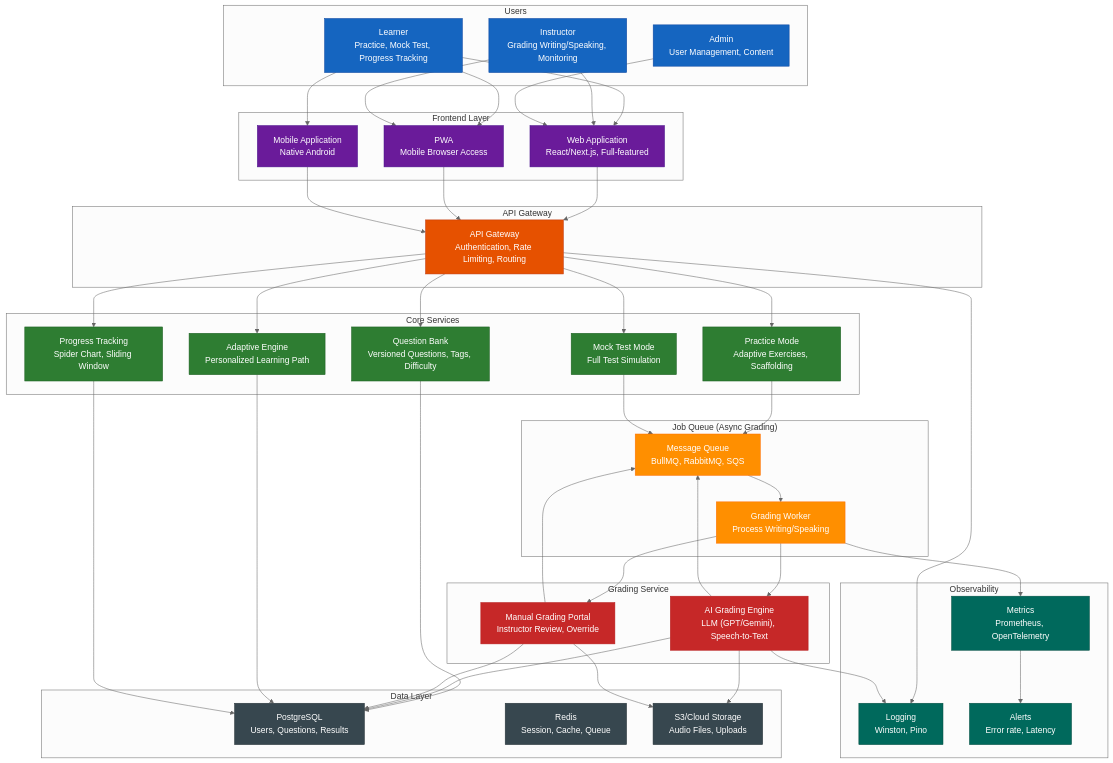
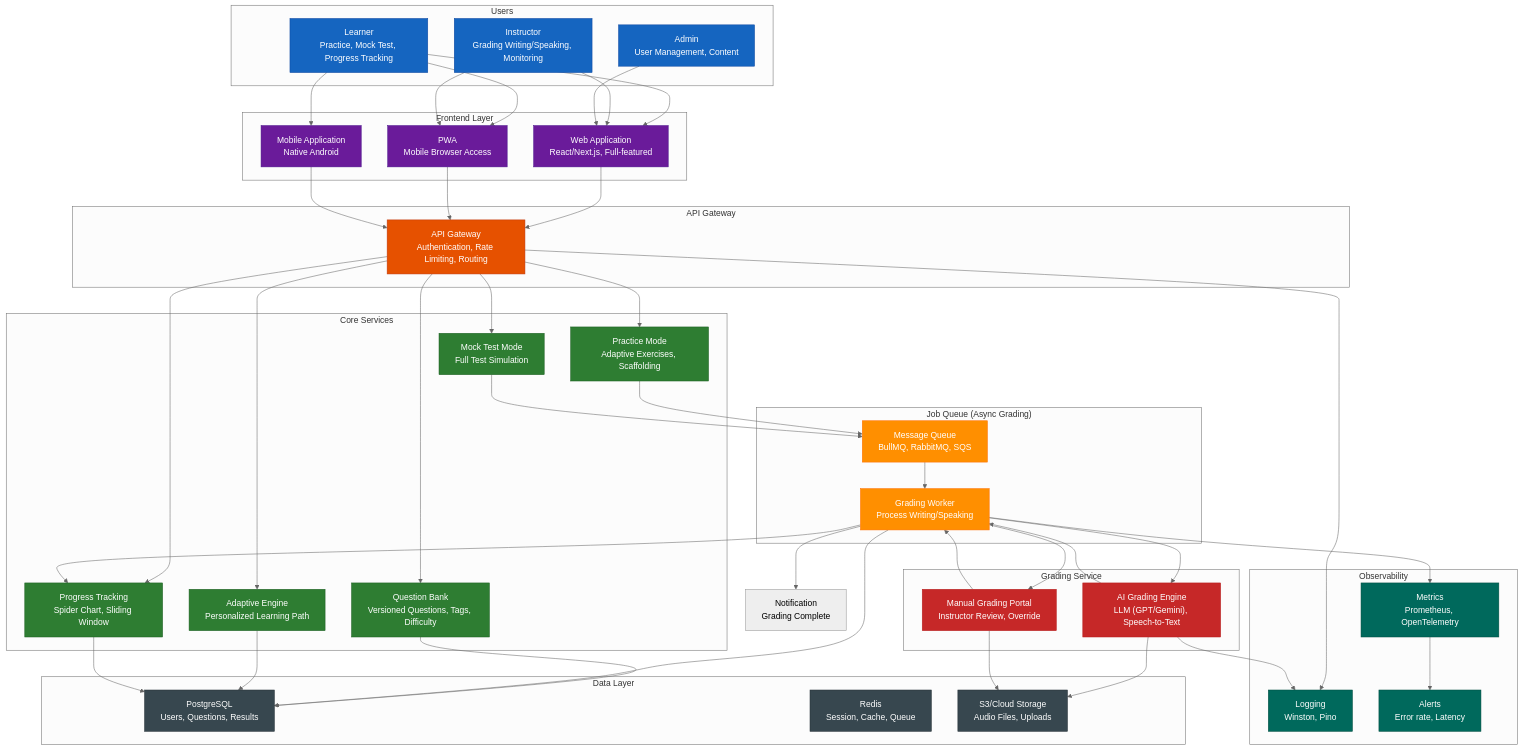
The first of 7 diagrams in docs/capstone/diagrams/flow-diagrams.vi.md (nghyane/VSTEP), drawn with Mermaid (neutral theme) before and after one commit.

Commit message:
docs: fix queue flow in System Architecture
- Remove AI --> MQ, HG --> MQ (incorrect flow)
- Add AI --> Worker, HG --> Worker (results return to worker)
- Add Worker --> Notification, Worker --> PT (post-grading actions)
- Worker saves to DB directly

```diff
--- a/docs/capstone/diagrams/flow-diagrams.vi.md
+++ b/docs/capstone/diagrams/flow-diagrams.vi.md
@@ -88,10 +88,11 @@
     MQ --> Worker
     Worker --> AI
     Worker --> HG
-    AI --> MQ
-    HG --> MQ
-    AI --> DB
-    HG --> DB
+    AI --> Worker
+    HG --> Worker
+    Worker --> DB
+    Worker --> Notification["Notification<br/>Grading Complete"]
+    Worker --> PT
     AE --> DB
     PT --> DB
     AI --> F
```
